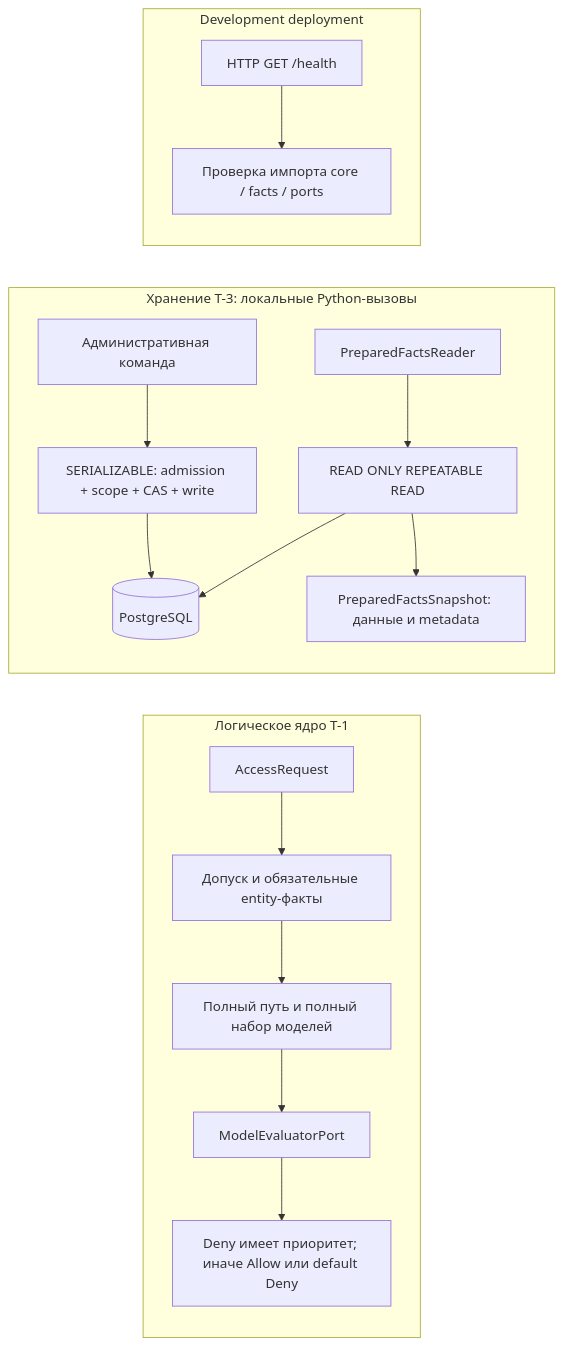
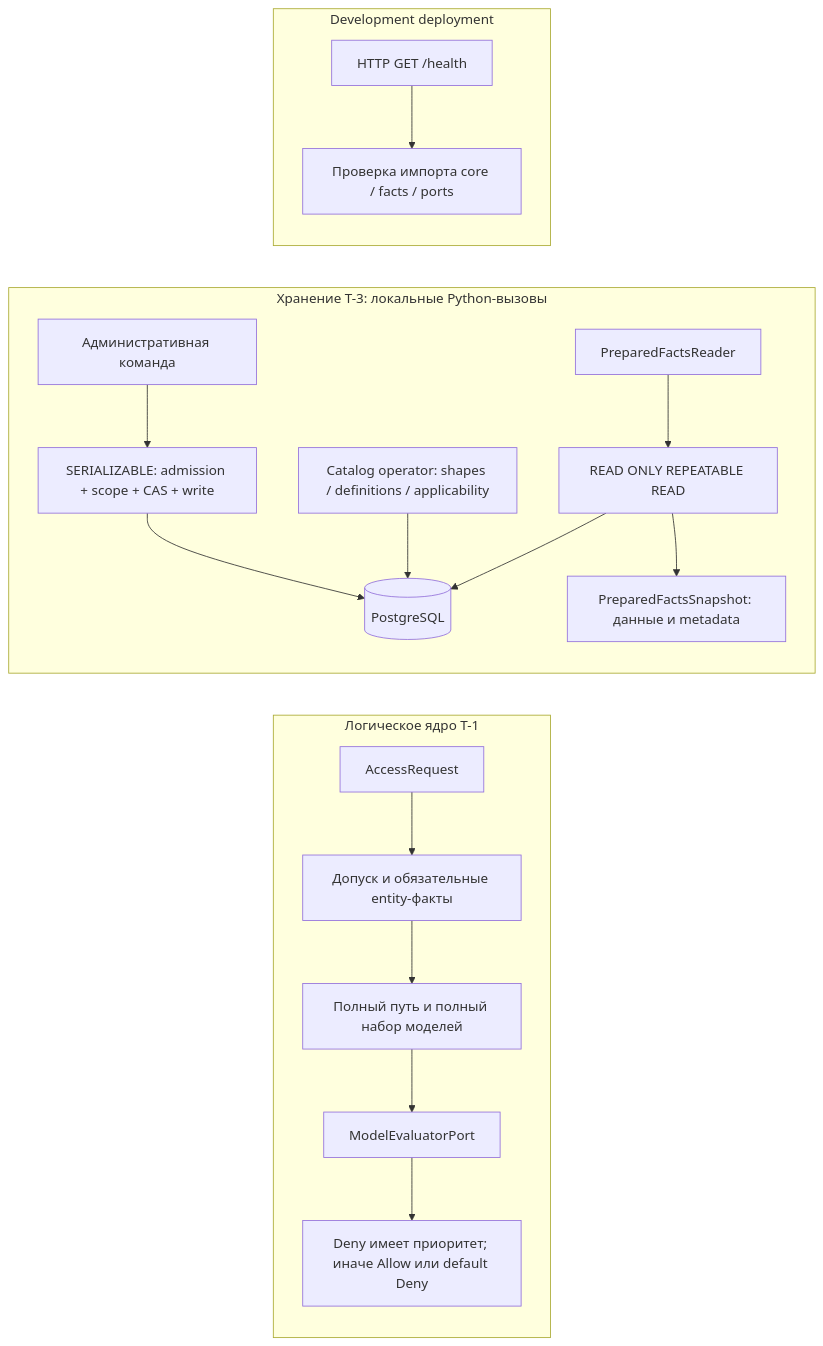
One commit to TamarixS/tamarix-specs changed the first of 3 diagrams in docs/architecture.md. Above: the diagram before and after it, drawn with Mermaid. The commit also changed other lines of this file and 29 other files, not shown here.

````diff
--- a/docs/architecture.md
+++ b/docs/architecture.md
@@ -19,19 +19,20 @@
 ```mermaid
 flowchart LR
     subgraph T1["Логическое ядро T-1"]
         Request["AccessRequest"] --> Input["Допуск и обязательные entity-факты"]
         Input --> Path["Полный путь и полный набор моделей"]
         Path --> Eval["ModelEvaluatorPort"]
         Eval --> Aggregate["Deny имеет приоритет; иначе Allow или default Deny"]
     end
     subgraph T3["Хранение T-3: локальные Python-вызовы"]
         Command["Административная команда"] --> Tx["SERIALIZABLE: admission + scope + CAS + write"]
         Tx --> PG[("PostgreSQL")]
+        Catalog["Catalog operator: shapes / definitions / applicability"] --> PG
         Reader["PreparedFactsReader"] --> Snap["READ ONLY REPEATABLE READ"]
         Snap --> PG
         Snap --> DTO["PreparedFactsSnapshot: данные и metadata"]
     end
     subgraph Runtime["Development deployment"]
         HTTP["HTTP GET /health"] --> Imports["Проверка импорта core / facts / ports"]
     end
 ```
````
